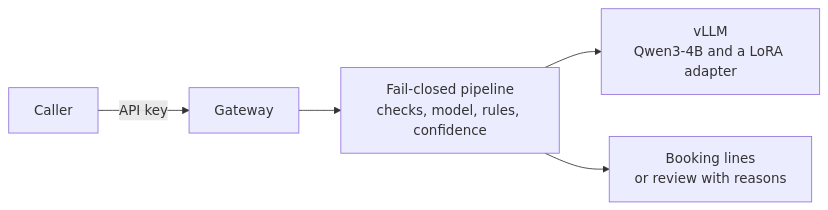
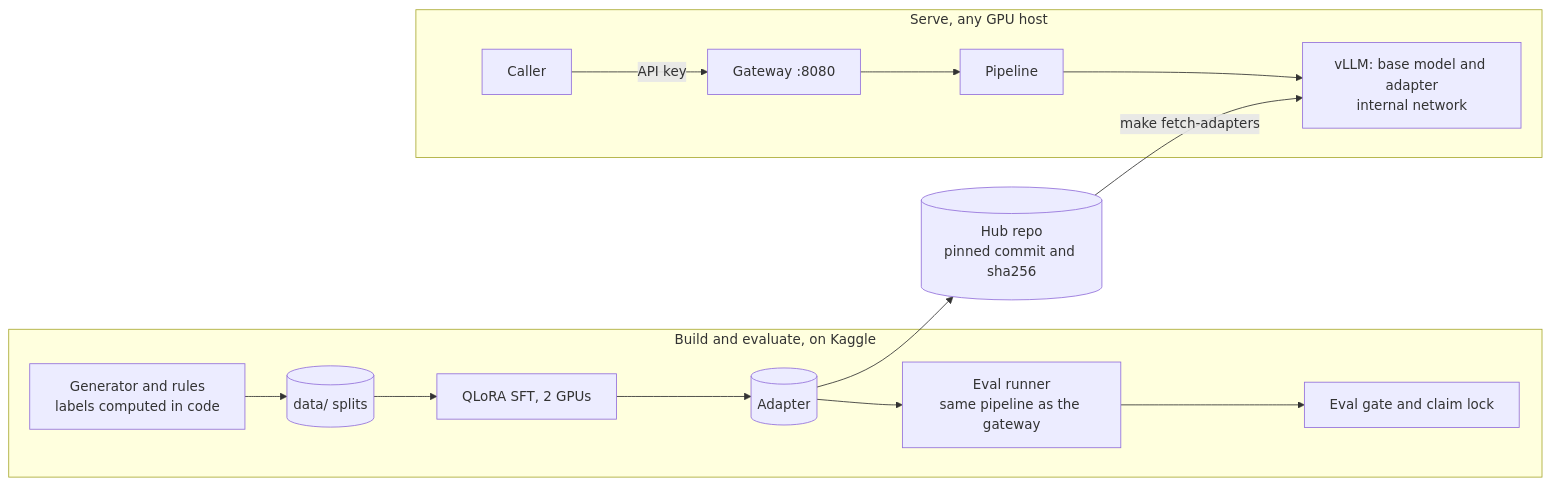
The diagram in README.md (mgetech/open-llm-adaptation), drawn with Mermaid before and after one commit. The commit also changed other lines of this file and 9 other files, not shown here.

````diff
--- a/README.md
+++ b/README.md
@@ -48,7 +73,17 @@
 ```mermaid
 flowchart LR
-    caller[Caller] -->|API key| gw[Gateway]
-    gw --> pipe[Fail-closed pipeline<br/>checks, model, rules, confidence]
-    pipe --> vllm[vLLM<br/>Qwen3-4B and a LoRA adapter]
-    pipe --> out[Booking lines<br/>or review with reasons]
+    subgraph build[Build and evaluate, on Kaggle]
+        gen[Generator and rules<br/>labels computed in code] --> data[(data/ splits)]
+        data --> train[QLoRA SFT, 2 GPUs]
+        train --> adapter[(Adapter)]
+        adapter --> evalr[Eval runner<br/>same pipeline as the gateway]
+        evalr --> gate[Eval gate and claim lock]
+    end
+    adapter --> hub[(Hub repo<br/>pinned commit and sha256)]
+    subgraph serve[Serve, any GPU host]
+        caller[Caller] -->|API key| gw[Gateway :8080]
+        gw --> pipe[Pipeline]
+        pipe --> vllm[vLLM: base model and adapter<br/>internal network]
+    end
+    hub -->|make fetch-adapters| vllm
 ```
````
